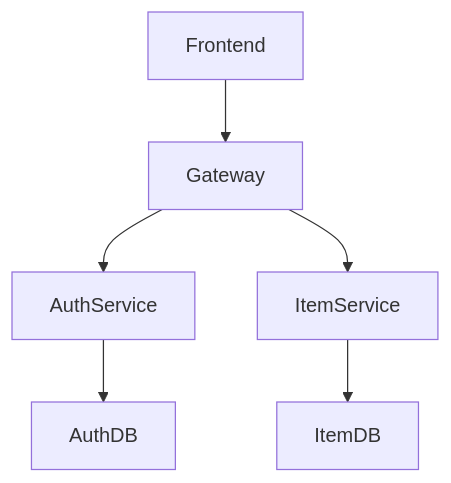
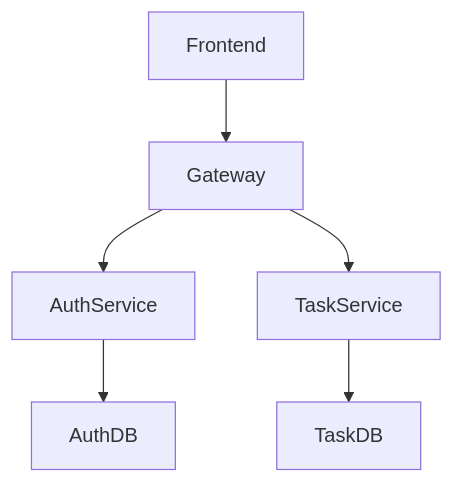
Before and after one commit to aidilsaputrakirsan-classroom/cc-kelompok-a-ethereal: the first of 2 diagrams in docs/architecture.md, drawn with Mermaid. The commit also changed other lines of this file and 1 other file, not shown here.

Commit message:
modified docs architecture.mc

````diff
--- a/docs/architecture.md
+++ b/docs/architecture.md
@@ -21,11 +21,11 @@
 ```mermaid
 graph TD
 
 Frontend --> Gateway
 
 Gateway --> AuthService
-Gateway --> ItemService
+Gateway --> TaskService
 
 AuthService --> AuthDB
-ItemService --> ItemDB
+TaskService --> TaskDB
 ```
````
